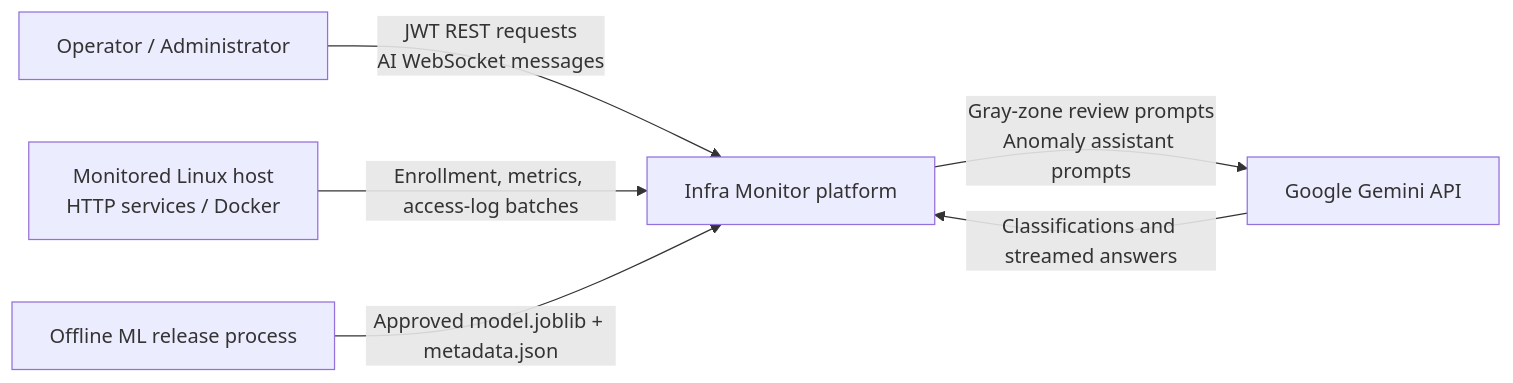
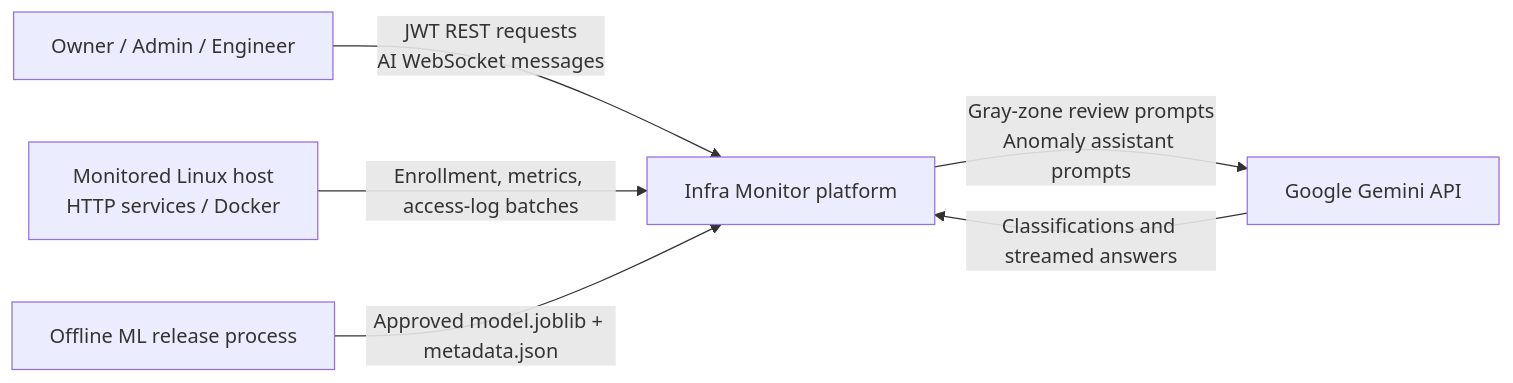
The first of 9 diagrams in docs/diagrams/infra-monitor-data-flow.md (AhmedAbrarZayad/Infra-Monitor), drawn with Mermaid before and after one commit. The commit also changed other lines of this file, not shown here.

````diff
--- a/docs/diagrams/infra-monitor-data-flow.md
+++ b/docs/diagrams/infra-monitor-data-flow.md
@@ -14,14 +14,14 @@
 ```mermaid
 flowchart LR
-    User["Operator / Administrator"]
+    User["Owner / Admin / Engineer"]
     Host["Monitored Linux host\nHTTP services / Docker"]
     App["Infra Monitor platform"]
     Gemini["Google Gemini API"]
     Release["Offline ML release process"]
 
     User -->|"JWT REST requests\nAI WebSocket messages"| App
     Host -->|"Enrollment, metrics, access-log batches"| App
     App -->|"Gray-zone review prompts\nAnomaly assistant prompts"| Gemini
     Gemini -->|"Classifications and streamed answers"| App
     Release -->|"Approved model.joblib + metadata.json"| App
 ```
````
